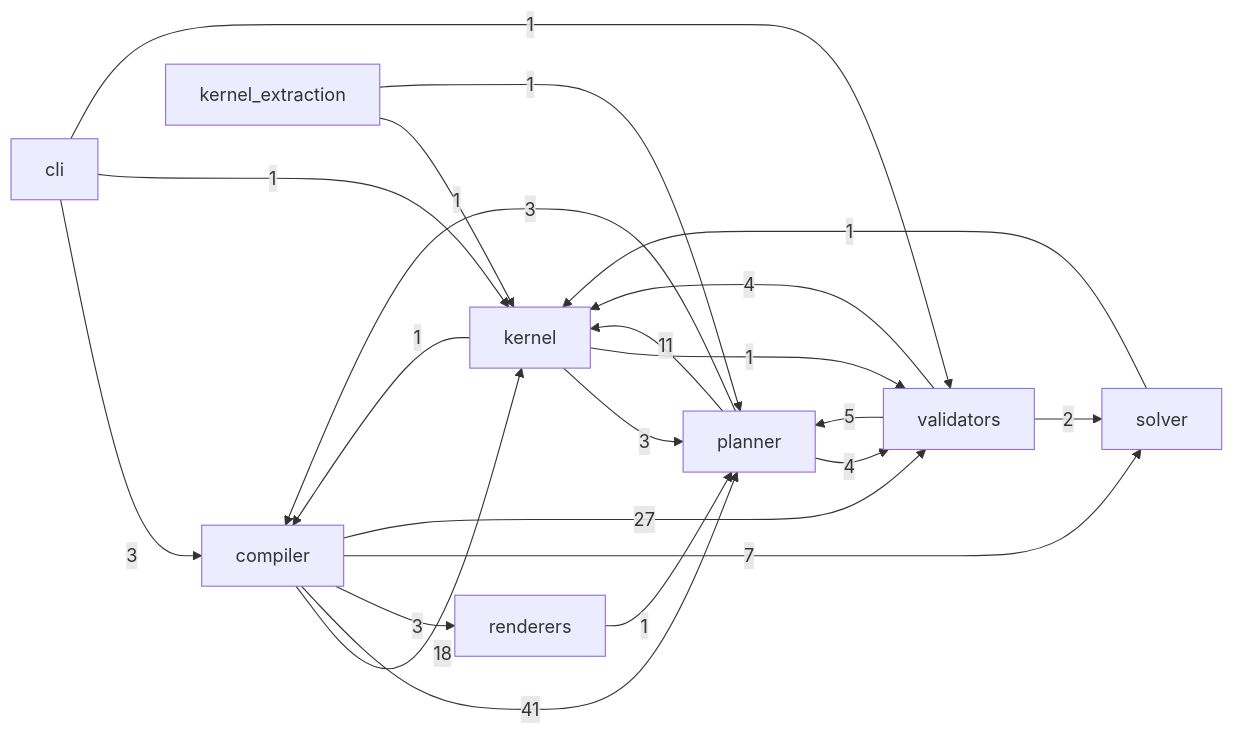
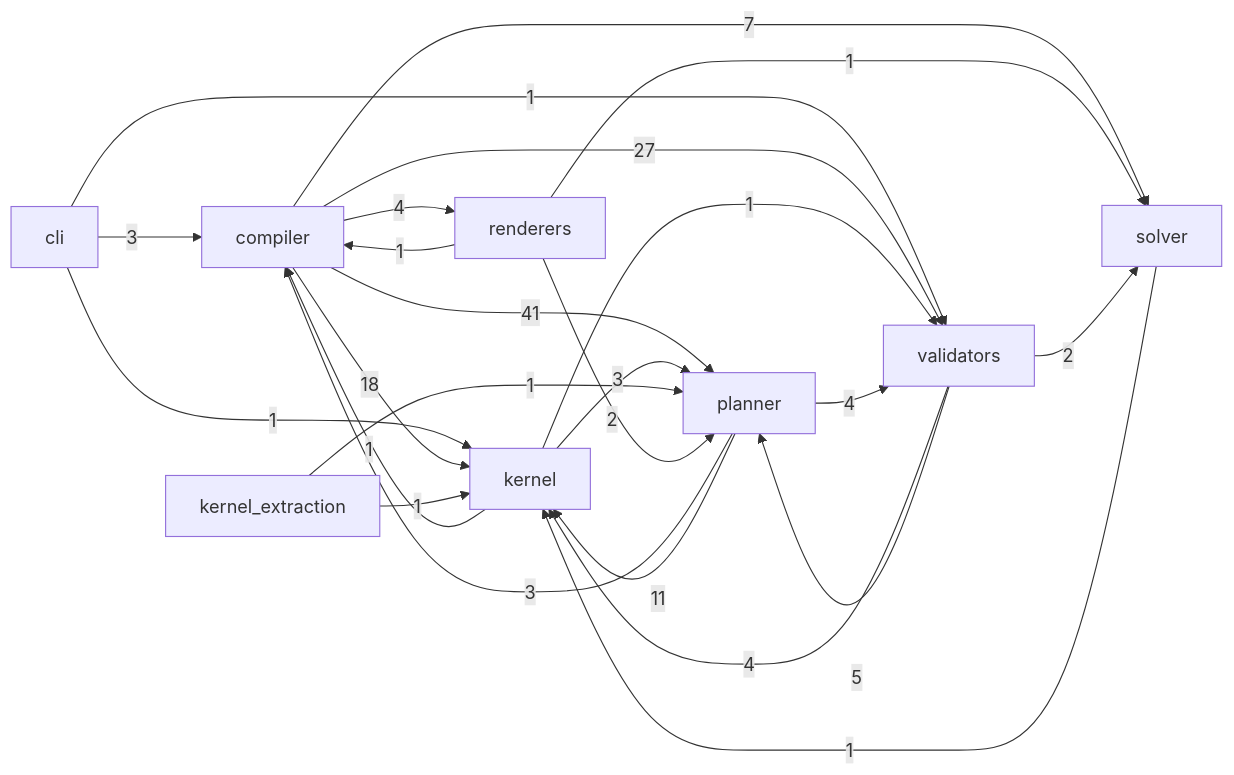
The diagram in docs/reference/code.md (Kingsley-Cyber/cinematic-compiler-core), drawn with Mermaid before and after one commit. The commit also changed other lines of this file and 33 other files, not shown here.

````diff
--- a/docs/reference/code.md
+++ b/docs/reference/code.md
@@ -15,24 +15,26 @@
 ```mermaid
 flowchart LR
   cli -->|3| compiler
   cli -->|1| kernel
   cli -->|1| validators
   compiler -->|18| kernel
   compiler -->|41| planner
-  compiler -->|3| renderers
+  compiler -->|4| renderers
   compiler -->|7| solver
   compiler -->|27| validators
   kernel -->|1| compiler
   kernel -->|3| planner
   kernel -->|1| validators
   kernel_extraction -->|1| kernel
   kernel_extraction -->|1| planner
   planner -->|3| compiler
   planner -->|11| kernel
   planner -->|4| validators
-  renderers -->|1| planner
+  renderers -->|1| compiler
+  renderers -->|2| planner
+  renderers -->|1| solver
   solver -->|1| kernel
   validators -->|4| kernel
   validators -->|5| planner
   validators -->|2| solver
 ```
````
